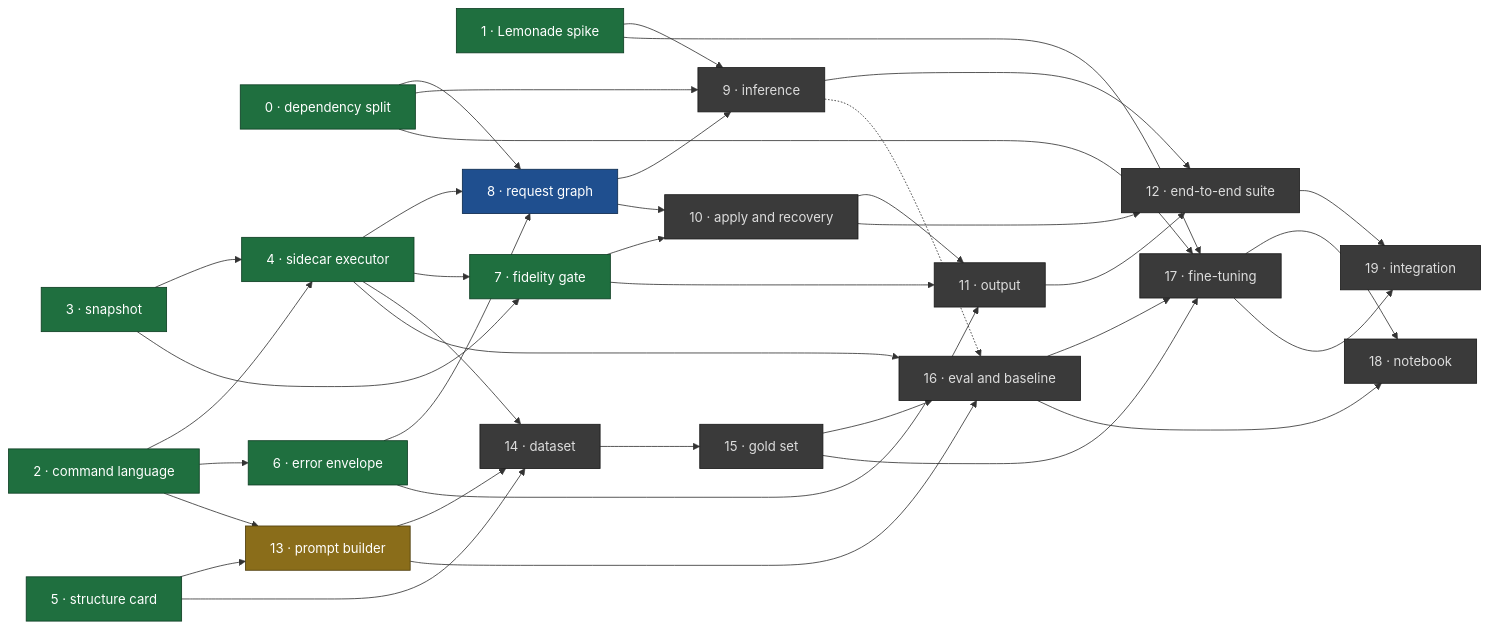
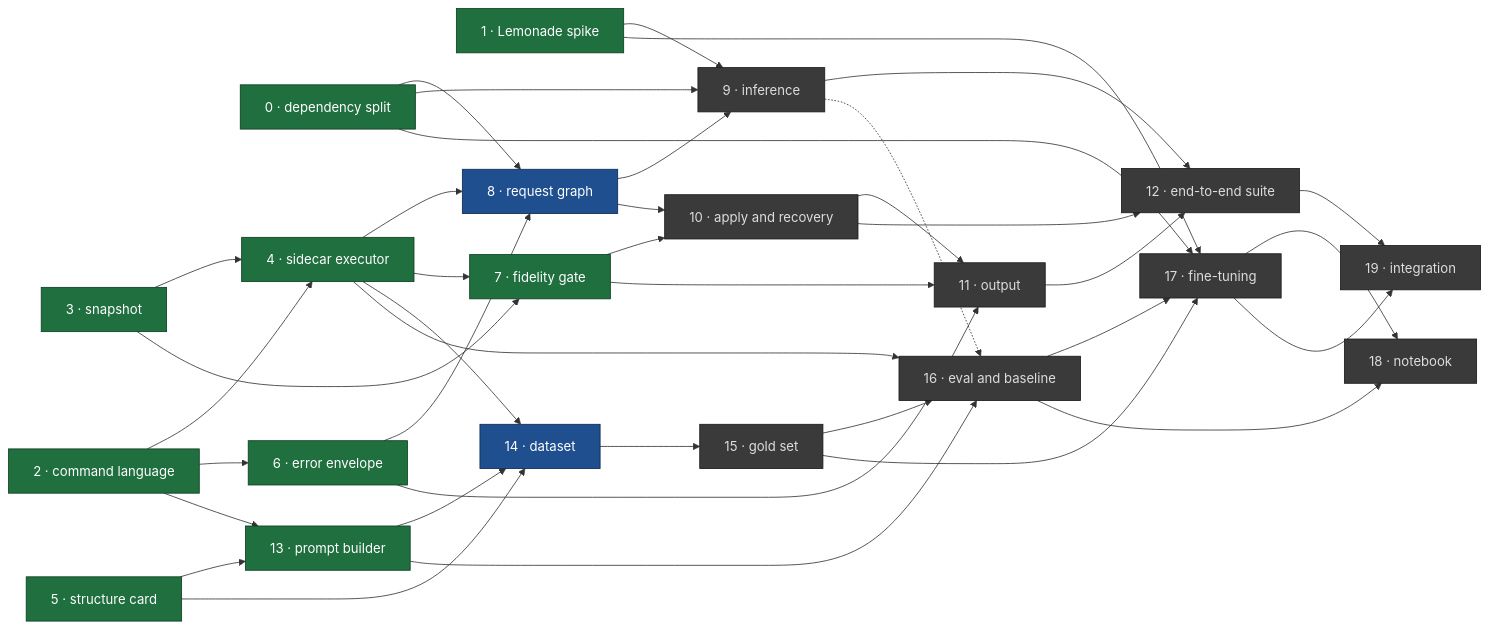
The diagram in docs/master_plan.md (urban233/pymol-copilot), drawn with Mermaid before and after one commit. The commit also changed other lines of this file, not shown here.

````diff
--- a/docs/master_plan.md
+++ b/docs/master_plan.md
@@ -112,66 +112,66 @@
 ```mermaid
 flowchart LR
   classDef done fill:#1f6f3f,stroke:#0d3d22,color:#fff
   classDef review fill:#8a6d1a,stroke:#4d3c0c,color:#fff
   classDef ready fill:#1f4f8f,stroke:#0d2a4d,color:#fff
   classDef blocked fill:#3a3a3a,stroke:#1a1a1a,color:#ddd
 
   I0["0 · dependency split"]:::done
   I1["1 · Lemonade spike"]:::done
   I2["2 · command language"]:::done
   I3["3 · snapshot"]:::done
   I4["4 · sidecar executor"]:::done
   I5["5 · structure card"]:::done
   I6["6 · error envelope"]:::done
   I7["7 · fidelity gate"]:::done
   I8["8 · request graph"]:::ready
   I9["9 · inference"]:::blocked
   I10["10 · apply and recovery"]:::blocked
   I11["11 · output"]:::blocked
   I12["12 · end-to-end suite"]:::blocked
-  I13["13 · prompt builder"]:::review
-  I14["14 · dataset"]:::blocked
+  I13["13 · prompt builder"]:::done
+  I14["14 · dataset"]:::ready
   I15["15 · gold set"]:::blocked
   I16["16 · eval and baseline"]:::blocked
   I17["17 · fine-tuning"]:::blocked
   I18["18 · notebook"]:::blocked
   I19["19 · integration"]:::blocked
 
   I2 --> I4
   I3 --> I4
   I2 --> I6
   I0 --> I8
   I4 --> I8
   I6 --> I8
   I3 --> I7
   I4 --> I7
   I0 --> I9
   I1 --> I9
   I8 --> I9
   I7 --> I10
   I8 --> I10
   I6 --> I11
   I7 --> I11
   I10 --> I11
   I9 --> I12
   I10 --> I12
   I11 --> I12
   I2 --> I13
   I5 --> I13
   I4 --> I14
   I5 --> I14
   I13 --> I14
   I14 --> I15
   I15 --> I16
   I13 --> I16
   I4 --> I16
   I9 -.-> I16
   I1 --> I17
   I0 --> I17
   I15 --> I17
   I16 --> I17
   I16 --> I18
   I17 --> I18
   I12 --> I19
   I17 --> I19
 ```
````
